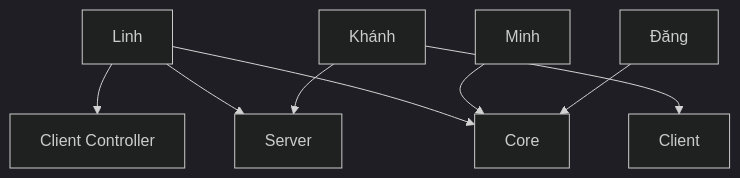
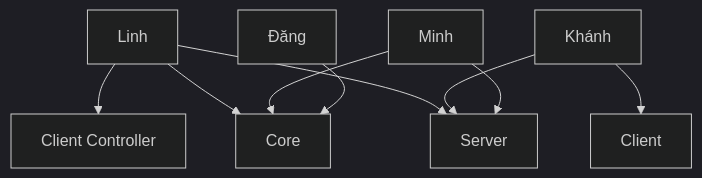
Before and after one commit to linhsayshii/TheAllNewBinance: the diagram in README.md, drawn with Mermaid (dark theme).

````diff
--- a/README.md
+++ b/README.md
@@ -36,22 +36,23 @@
 ```mermaid
 graph TD
     Linh[Linh]
     Khanh[Khánh]
     Minh[Minh]
     Dang[Đăng]
 
     Core[Core]
     Server[Server]
     ClientController[Client Controller]
     Client[Client]
 
     Linh --> Server
     Linh --> Core
     Linh --> ClientController
 
     Khanh --> Client
     Khanh --> Server
 
     Minh --> Core
     Dang --> Core
+    Minh --> Server
 ```
````
